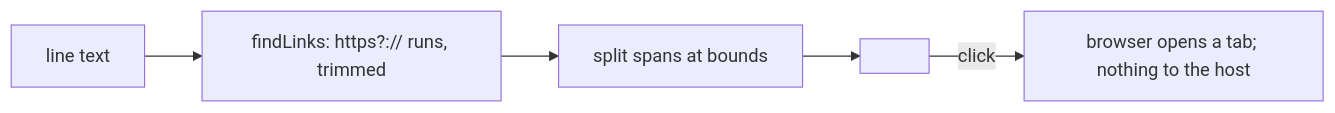
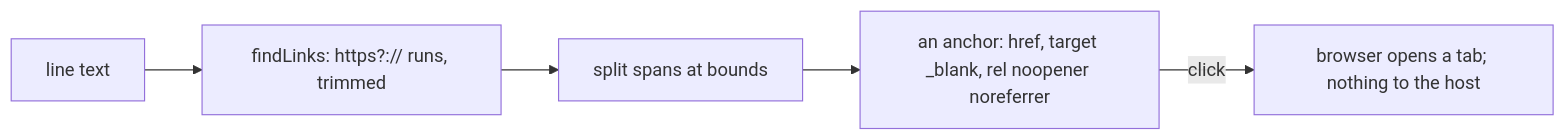
The diagram in docs/plans/2026-10-24-links.md (notmarkopadjen/muxway), drawn with Mermaid before and after one commit. The commit also changed 13 other files, not shown here.

First line of the commit message:
Docs: Mermaid blocks render on GitHub again

````diff
--- a/docs/plans/2026-10-24-links.md
+++ b/docs/plans/2026-10-24-links.md
@@ -36,7 +36,7 @@
 ```mermaid
 flowchart LR
     T[line text] --> F[findLinks: https?:// runs, trimmed]
     F --> S[split spans at bounds]
-    S --> A["<a href target=_blank rel=noopener noreferrer>"]
-    A -->|click| B[browser opens a tab; nothing to the host]
+    S --> A["an anchor: href, target _blank, rel noopener noreferrer"]
+    A -->|click| B["browser opens a tab; nothing to the host"]
 ```
````
